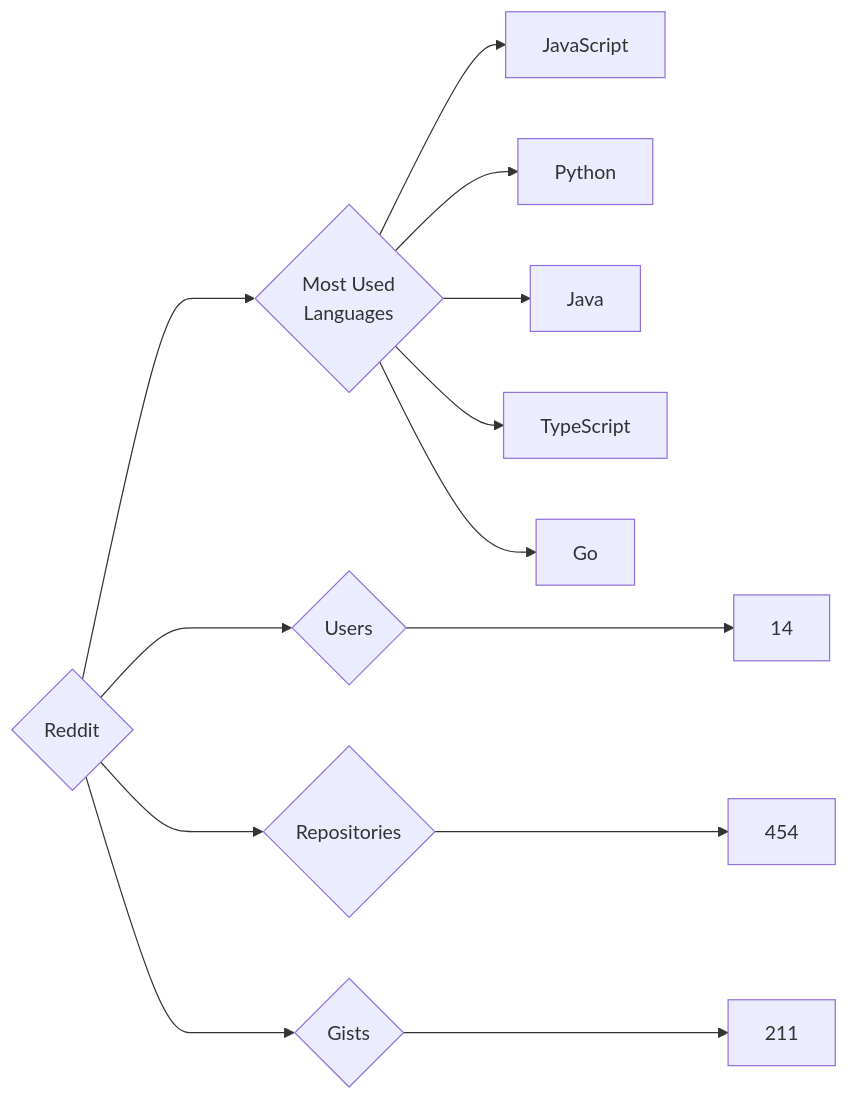
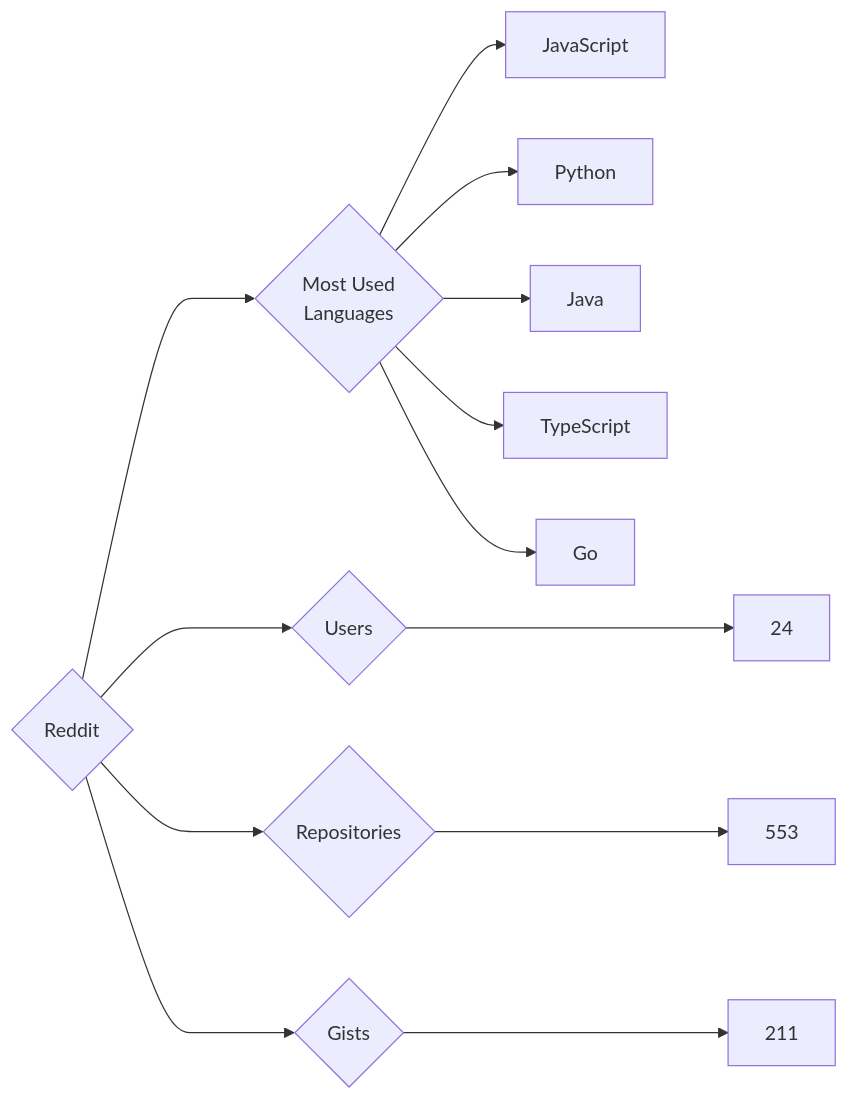
Before and after one commit to trickest/insiders: the diagram in targets/Reddit/README.md, drawn with Mermaid. The commit also changed 725 other files, not shown here.

````diff
--- a/targets/Reddit/README.md
+++ b/targets/Reddit/README.md
@@ -3,13 +3,13 @@
 ```mermaid
 graph LR
 COMPANY_NAME{Reddit}
-COMPANY_NAME ---> U{Users} ---> UN[14]
-COMPANY_NAME ---> R{Repositories} ---> RN[454]
+COMPANY_NAME ---> U{Users} ---> UN[24]
+COMPANY_NAME ---> R{Repositories} ---> RN[553]
 COMPANY_NAME ---> G{Gists} ---> GN[211]
 COMPANY_NAME ---> ML{Most Used<br>Languages}
 ML --> JavaScript[JavaScript]
 ML --> Python[Python]
 ML --> Java[Java]
 ML --> TypeScript[TypeScript]
 ML --> Go[Go]
 ```
````
